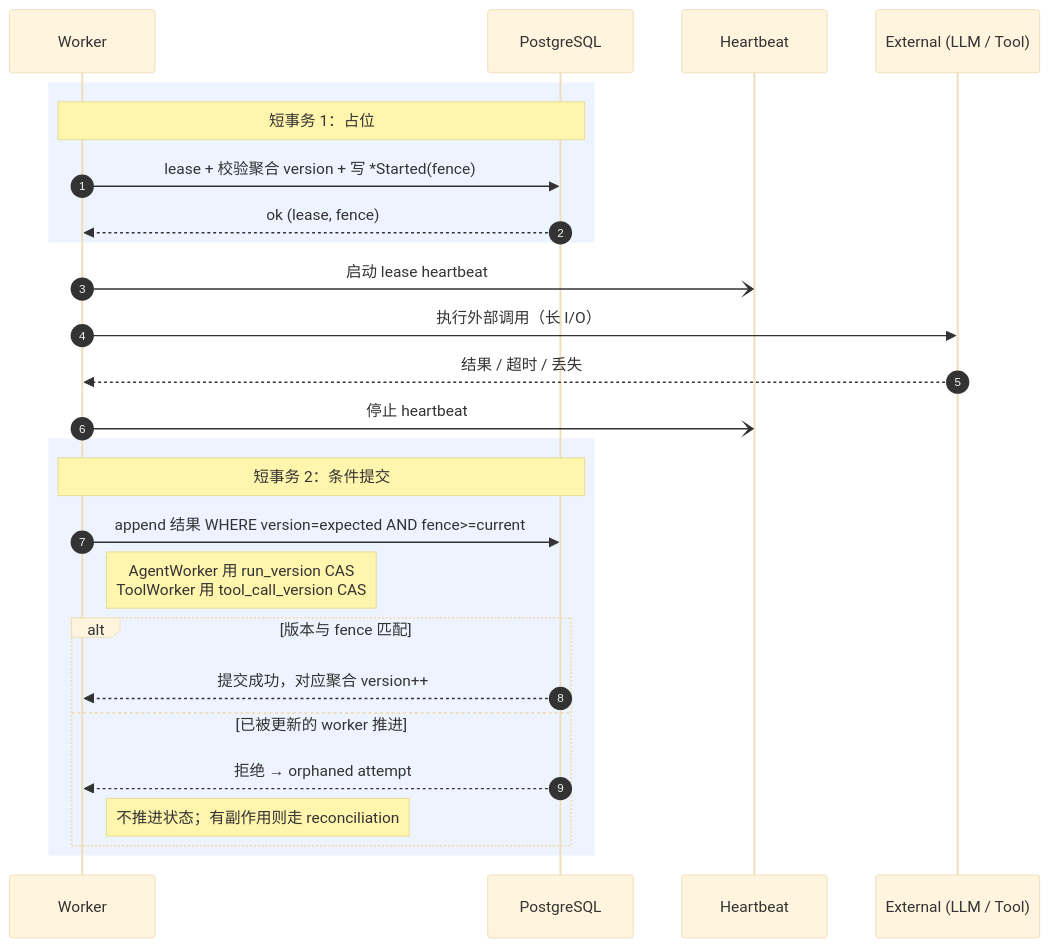
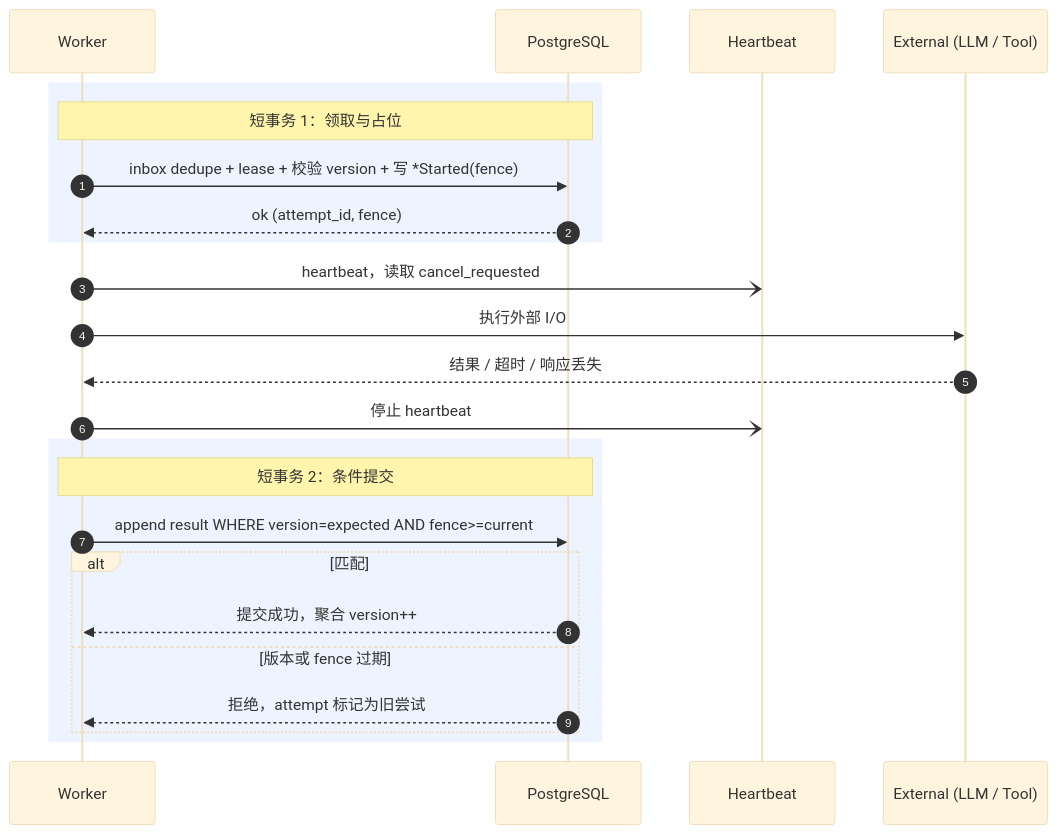
Before and after one commit to erweixin/langshift.dev: the diagram in docs/execution-model.md, drawn with Mermaid (base theme). The commit also changed other lines of this file and 9 other files, not shown here.

Commit message:
feat: update architecture documentation for Lites Cloud Agent, detailing deployment models, capacity planning, concurrency mechanisms, and operational strategies to enhance system robustness and multi-tenancy support

````diff
--- a/docs/execution-model.md
+++ b/docs/execution-model.md
@@ -33,31 +58,29 @@
 ```mermaid
 sequenceDiagram
   autonumber
   participant W as Worker
   participant DB as PostgreSQL
   participant H as Heartbeat
   participant X as External (LLM / Tool)
 
   rect rgb(238,244,255)
-  note over W,DB: 短事务 1：占位
-  W->>DB: lease + 校验聚合 version + 写 *Started(fence)
-  DB-->>W: ok (lease, fence)
+  note over W,DB: 短事务 1：领取与占位
+  W->>DB: inbox dedupe + lease + 校验 version + 写 *Started(fence)
+  DB-->>W: ok (attempt_id, fence)
   end
 
-  W-)H: 启动 lease heartbeat
-  W->>X: 执行外部调用（长 I/O）
-  X-->>W: 结果 / 超时 / 丢失
+  W-)H: heartbeat，读取 cancel_requested
+  W->>X: 执行外部 I/O
+  X-->>W: 结果 / 超时 / 响应丢失
   W-)H: 停止 heartbeat
 
   rect rgb(238,244,255)
   note over W,DB: 短事务 2：条件提交
-  W->>DB: append 结果 WHERE version=expected AND fence>=current
-  note right of W: AgentWorker 用 run_version CAS<br/>ToolWorker 用 tool_call_version CAS
-  alt 版本与 fence 匹配
-    DB-->>W: 提交成功，对应聚合 version++
-  else 已被更新的 worker 推进
-    DB-->>W: 拒绝 → orphaned attempt
-    note right of W: 不推进状态；有副作用则走 reconciliation
+  W->>DB: append result WHERE version=expected AND fence>=current
+  alt 匹配
+    DB-->>W: 提交成功，聚合 version++
+  else 版本或 fence 过期
+    DB-->>W: 拒绝，attempt 标记为旧尝试
   end
   end
 ```
````
